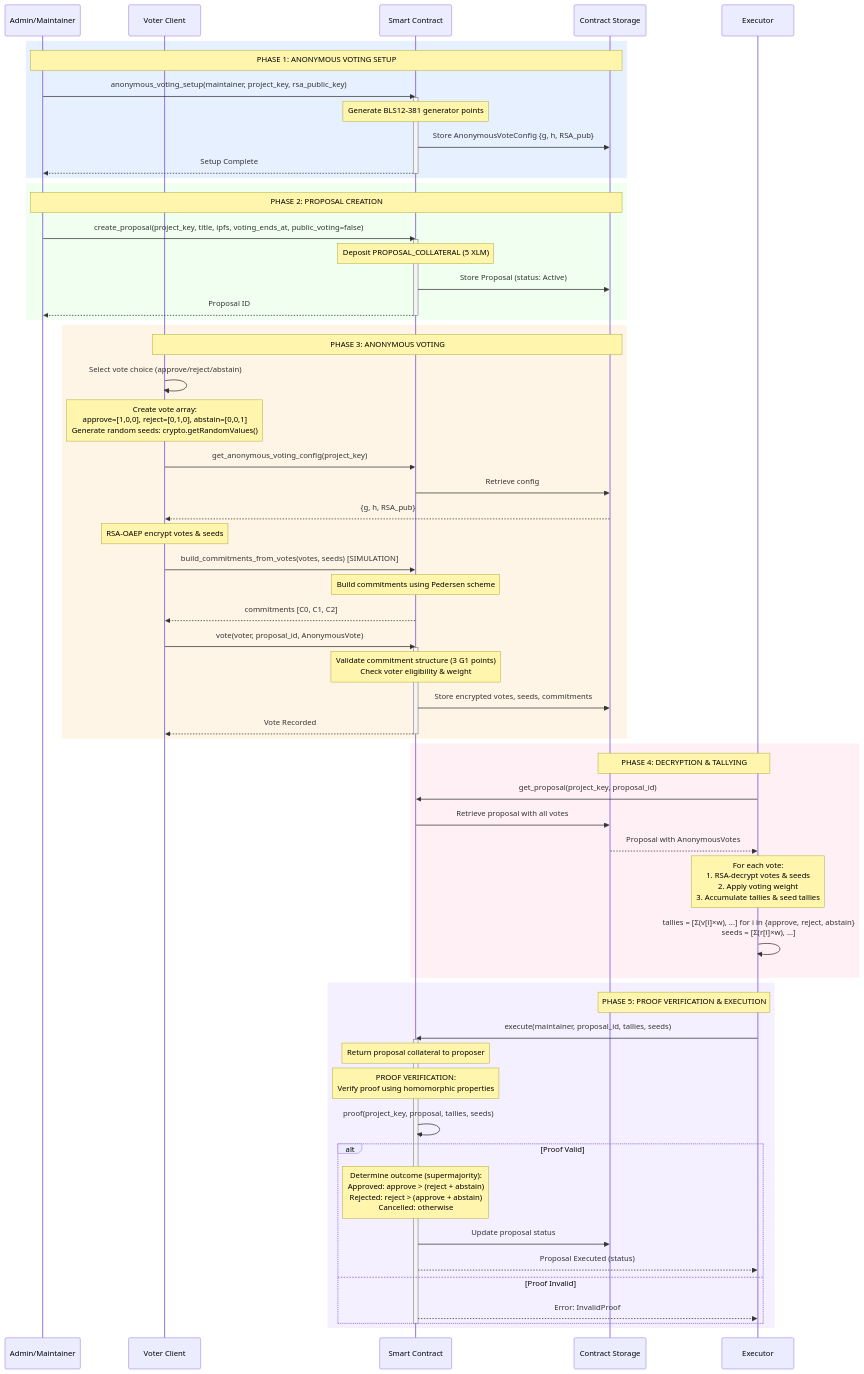
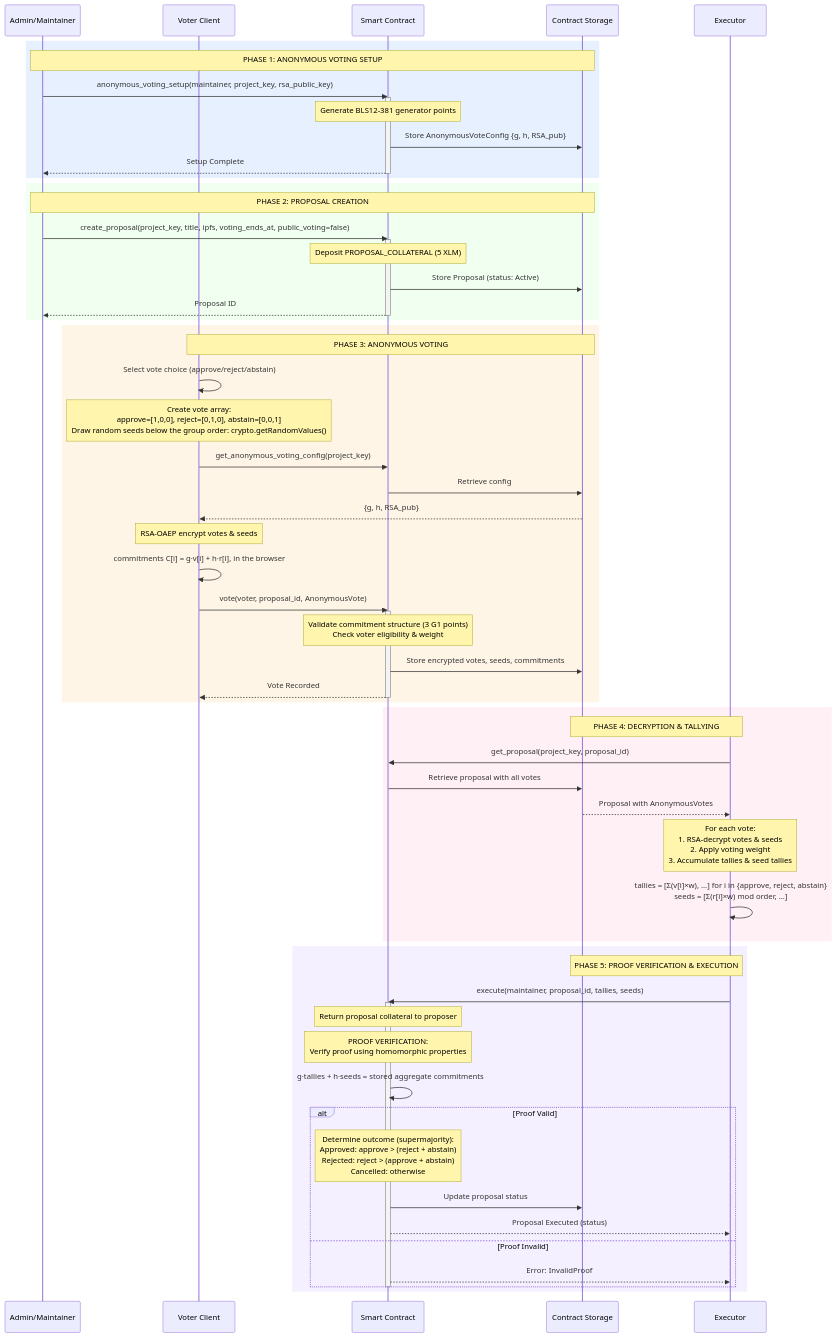
Before and after one commit to Consulting-Manao/tansu: the third of 6 diagrams in website/docs/developers/user_flows.mdx, drawn with Mermaid. The commit also changed 19 other files, not shown here.

```diff
--- a/website/docs/developers/user_flows.mdx
+++ b/website/docs/developers/user_flows.mdx
@@ -148,16 +148,14 @@
     Note over Voter,Storage: PHASE 3: ANONYMOUS VOTING
 
     Voter->>Voter: Select vote choice (approve/reject/abstain)
-    Note over Voter: Create vote array:<br/>approve=[1,0,0], reject=[0,1,0], abstain=[0,0,1]<br/>Generate random seeds: crypto.getRandomValues()
+    Note over Voter: Create vote array:<br/>approve=[1,0,0], reject=[0,1,0], abstain=[0,0,1]<br/>Draw random seeds below the group order: crypto.getRandomValues()
 
     Voter->>Contract: get_anonymous_voting_config(project_key)
     Contract->>Storage: Retrieve config
     Storage-->>Voter: {g, h, RSA_pub}
 
     Note over Voter: RSA-OAEP encrypt votes & seeds
-    Voter->>Contract: build_commitments_from_votes(votes, seeds) [SIMULATION]
-    Note over Contract: Build commitments using Pedersen scheme
-    Contract-->>Voter: commitments [C0, C1, C2]
+    Voter->>Voter: commitments C[i] = g·v[i] + h·r[i], in the browser
 
     Voter->>Contract: vote(voter, proposal_id, AnonymousVote)
     activate Contract
@@ -175,7 +173,7 @@
     Storage-->>Executor: Proposal with AnonymousVotes
 
     Note over Executor: For each vote:<br/>1. RSA-decrypt votes & seeds<br/>2. Apply voting weight<br/>3. Accumulate tallies & seed tallies
-    Executor->>Executor: tallies = [Σ(v[i]×w), ...] for i in {approve, reject, abstain}<br/>seeds = [Σ(r[i]×w), ...]
+    Executor->>Executor: tallies = [Σ(v[i]×w), ...] for i in {approve, reject, abstain}<br/>seeds = [Σ(r[i]×w) mod order, ...]
     end
 
     rect rgb(245, 240, 255)
@@ -187,7 +185,7 @@
 
     Note over Contract: PROOF VERIFICATION:<br/>Verify proof using homomorphic properties
 
-    Contract->>Contract: proof(project_key, proposal, tallies, seeds)
+    Contract->>Contract: g·tallies + h·seeds = stored aggregate commitments
 
     alt Proof Valid
         Note over Contract: Determine outcome (supermajority):<br/>Approved: approve > (reject + abstain)<br/>Rejected: reject > (approve + abstain)<br/>Cancelled: otherwise
```
